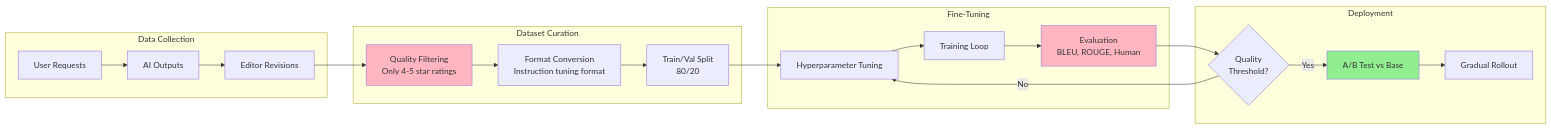
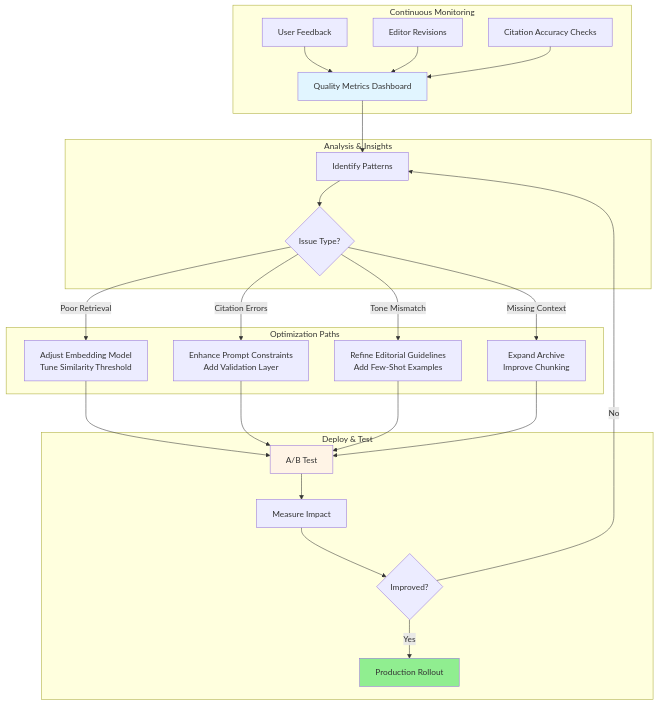
The seventh of 9 diagrams in SOLUTION.md (anandbhaskaran/ai-knowledge-assistant), drawn with Mermaid before and after one commit. The commit also changed other lines of this file and 2 other files, not shown here.

````diff
--- a/SOLUTION.md
+++ b/SOLUTION.md
@@ -409,30 +387,35 @@
 ```mermaid
-flowchart LR
-    subgraph Collection["Data Collection"]
-        A[User Requests]-->B[AI Outputs]
-        B-->C[Editor Revisions]
+flowchart TB
+    subgraph Monitoring[Continuous Monitoring]
+        A[User Feedback]-->B[Quality Metrics Dashboard]
+        C[Editor Revisions]-->B
+        D[Citation Accuracy Checks]-->B
     end
 
-    subgraph Curation["Dataset Curation"]
-        C-->D[Quality Filtering<br/>Only 4-5 star ratings]
-        D-->E[Format Conversion<br/>Instruction tuning format]
-        E-->F[Train/Val Split<br/>80/20]
+    subgraph Analysis[Analysis & Insights]
+        B-->E[Identify Patterns]
+        E-->F{Issue Type?}
     end
 
-    subgraph Training["Fine-Tuning"]
-        F-->G[Hyperparameter Tuning]
-        G-->H[Training Loop]
-        H-->I[Evaluation<br/>BLEU, ROUGE, Human]
+    subgraph Optimization[Optimization Paths]
+        F-->|Poor Retrieval|G[Adjust Embedding Model<br/>Tune Similarity Threshold]
+        F-->|Citation Errors|H[Enhance Prompt Constraints<br/>Add Validation Layer]
+        F-->|Tone Mismatch|I[Refine Editorial Guidelines<br/>Add Few-Shot Examples]
+        F-->|Missing Context|J[Expand Archive<br/>Improve Chunking]
     end
 
-    subgraph Deployment["Deployment"]
-        I-->J{Quality<br/>Threshold?}
-        J-->|Yes|K[A/B Test vs Base]
-        J-->|No|G
-        K-->L[Gradual Rollout]
+    subgraph Deployment[Deploy & Test]
+        G-->K[A/B Test]
+        H-->K
+        I-->K
+        J-->K
+        K-->L[Measure Impact]
+        L-->M{Improved?}
+        M-->|Yes|N[Production Rollout]
+        M-->|No|E
     end
 
-    style D fill:#FFB6C1
-    style I fill:#FFB6C1
-    style K fill:#90EE90
+    style B fill:#e1f5ff
+    style K fill:#fff4e6
+    style N fill:#90EE90
 ```
````
